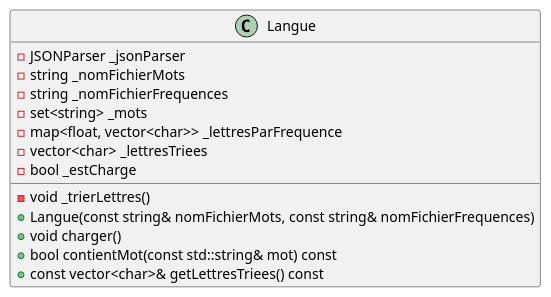
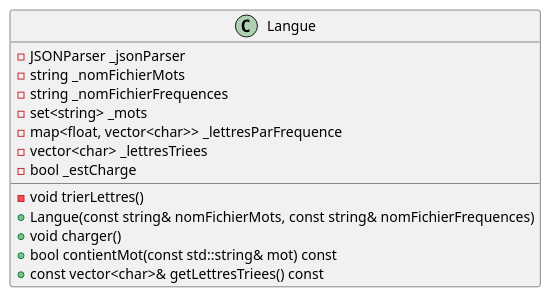
The second of 4 diagrams in laboratoires/lab08-set-map/consignes/lab8.md (plbrault/420-SF2-RE), drawn with PlantUML before and after one commit. The commit also changed other lines of this file and 1 other file, not shown here.

````diff
--- a/laboratoires/lab08-set-map/consignes/lab8.md
+++ b/laboratoires/lab08-set-map/consignes/lab8.md
@@ -218,20 +220,20 @@
 ```plantuml
 @startuml
 
 class Langue {
     - JSONParser _jsonParser
     - string _nomFichierMots
     - string _nomFichierFrequences
     - set<string> _mots
     - map<float, vector<char>> _lettresParFrequence
     - vector<char> _lettresTriees
     - bool _estCharge
-    - void _trierLettres()
+    - void trierLettres()
     + Langue(const string& nomFichierMots, const string& nomFichierFrequences)
     + void charger()
     + bool contientMot(const std::string& mot) const
     + const vector<char>& getLettresTriees() const
 }
 
 @enduml
 ```
````
